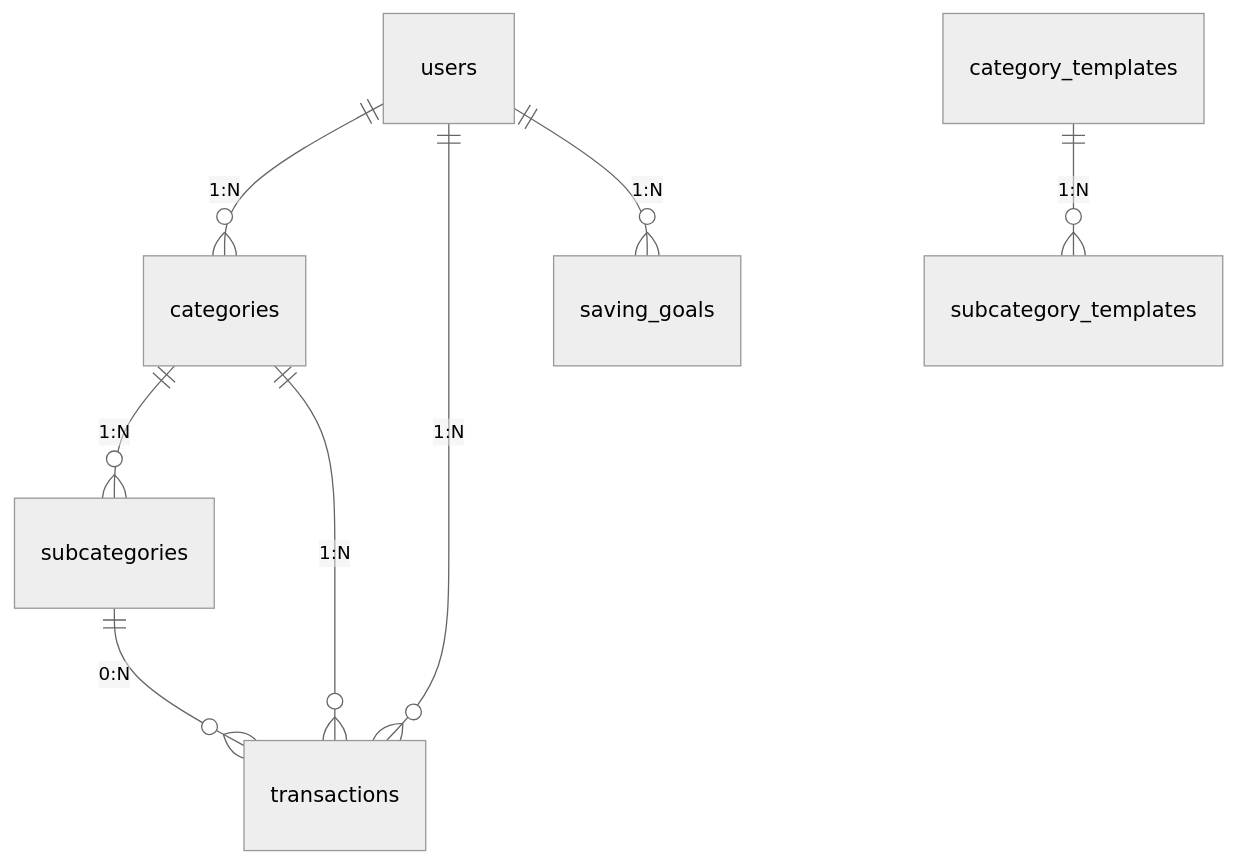
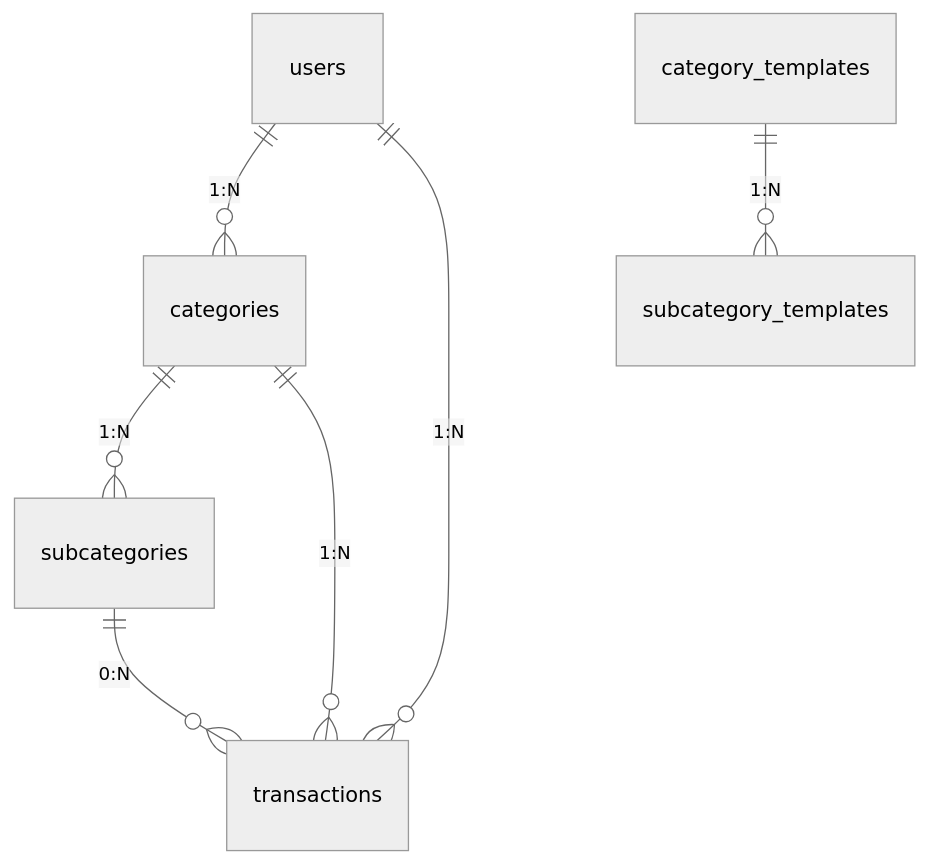
One commit to gabrido7/MindMoney changed the diagram in database/README.md. Above: the diagram before and after it, drawn with Mermaid (neutral theme). The commit also changed other lines of this file and 65 other files, not shown here.

````diff
--- a/database/README.md
+++ b/database/README.md
@@ -33,10 +33,9 @@
 ```mermaid
 erDiagram
     users ||--o{ categories : "1:N"
     categories ||--o{ subcategories : "1:N"
     users ||--o{ transactions : "1:N"
     categories ||--o{ transactions : "1:N"
     subcategories ||--o{ transactions : "0:N"
-    users ||--o{ saving_goals : "1:N"
     category_templates ||--o{ subcategory_templates : "1:N"
 ```
````
